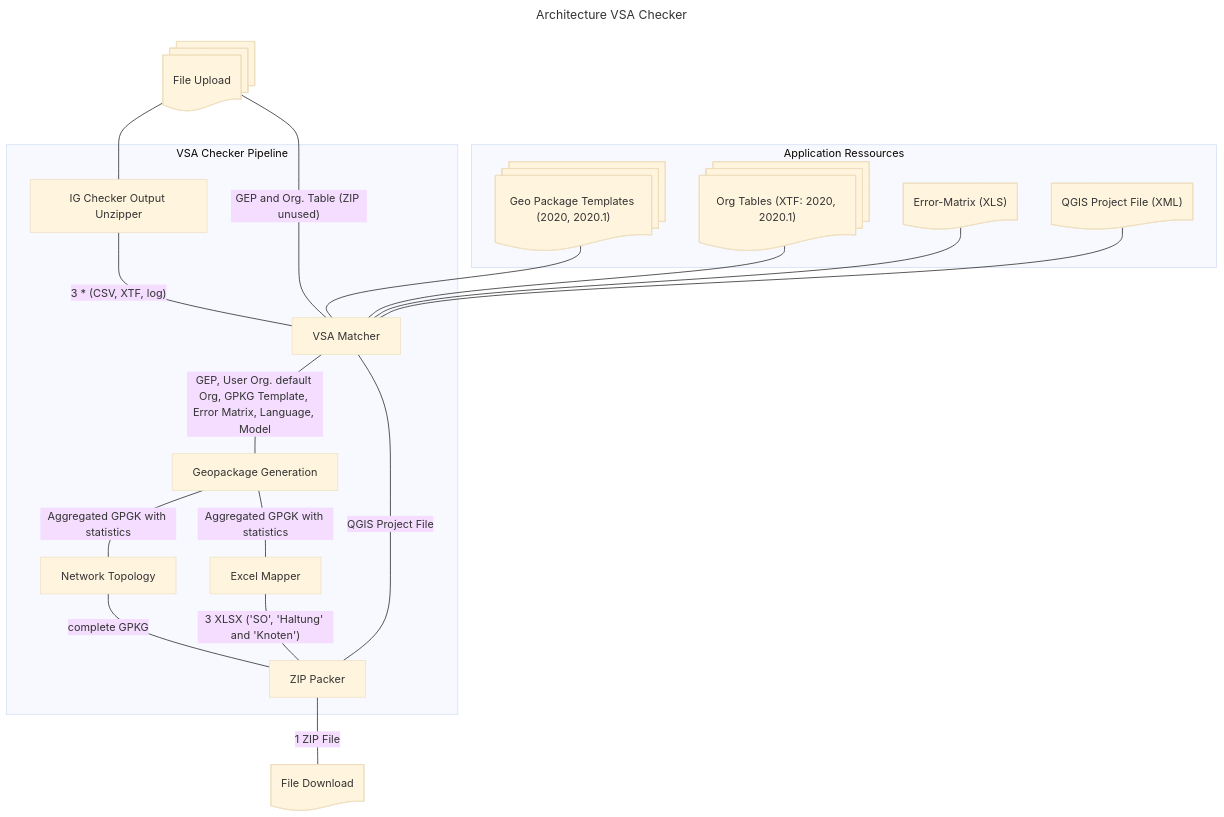
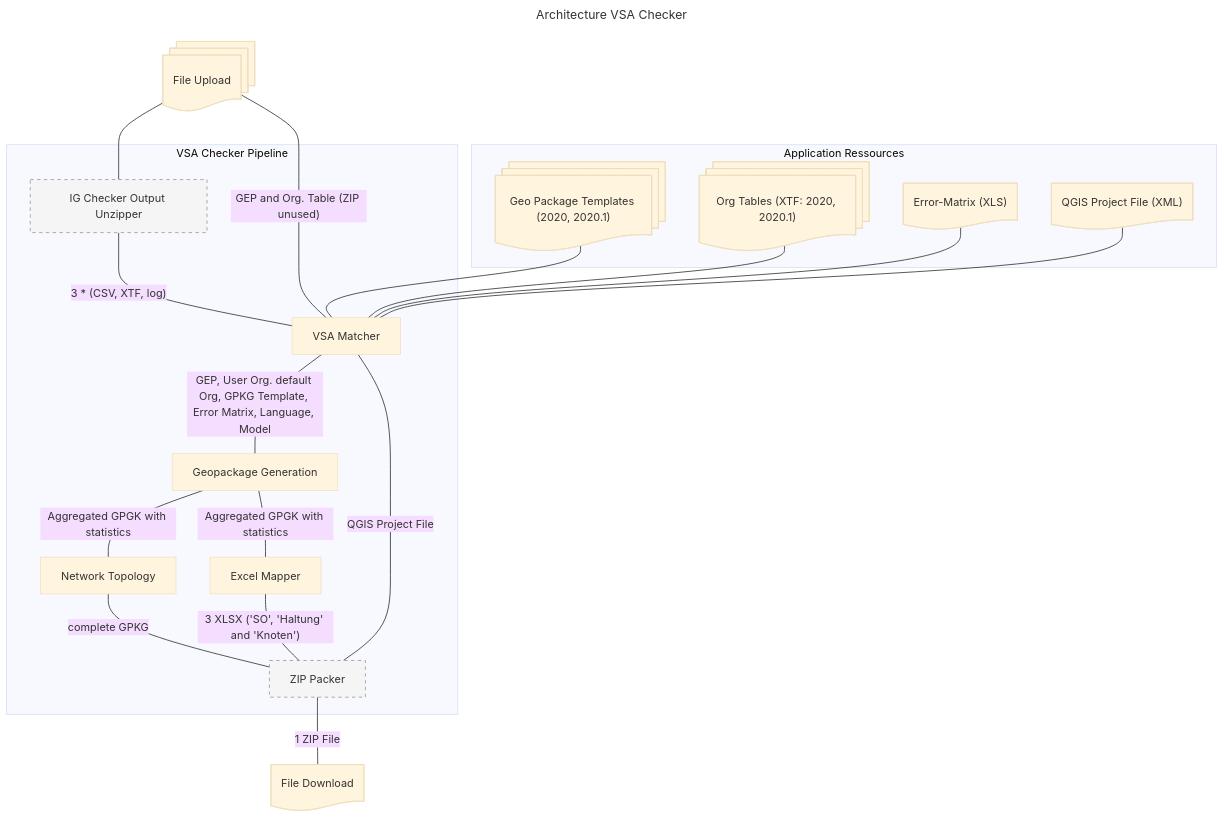
The diagram in docs/architektur.md (geowerkstatt/vsa-checker-analytics), drawn with Mermaid (base theme) before and after one commit. The commit also changed other lines of this file and 1 other file, not shown here.

Commit message:
added architectur description

````diff
--- a/docs/architektur.md
+++ b/docs/architektur.md
@@ -1,41 +9,44 @@
 ```mermaid
 ---
 title: Architecture VSA Checker
 ---
 flowchart
 	subgraph appResources["Application Ressources"]
 		geoPackageTemplates@{ shape: "docs", label: "Geo Package Templates (2020, 2020.1)" }
 		orgTables@{ shape: "docs", label: "Org Tables (XTF: 2020, 2020.1)" }
 		errorMatrix@{ shape: "doc", label: "Error-Matrix (XLS)" }
 		qgisProject@{ shape: "doc", label: "QGIS Project File (XML)" }
 	end
 	subgraph vsaCheckerPipeline["VSA Checker Pipeline"]
 		vsaMatcher["VSA Matcher"]
 		igCheckerOutputUnzipper["IG Checker Output Unzipper"]
 		aggregationProcess["Geopackage Generation"]
 		
 		networkTopology["Network Topology"]
 		excelMapper["Excel Mapper"]
 		zipPacker["ZIP Packer"]
 	end
 	fileUpload@{ shape: "docs", label: "File Upload" }
 	fileDownload@{ shape: "doc", label: "File Download" }
 	fileUpload --- igCheckerOutputUnzipper
 	fileUpload ---|"GEP and Org. Table (ZIP unused)"| vsaMatcher
 	geoPackageTemplates --- vsaMatcher
 	orgTables --- vsaMatcher
 	igCheckerOutputUnzipper ---|"3 * (CSV, XTF, log)"| vsaMatcher
 	qgisProject --- vsaMatcher
 	errorMatrix --- vsaMatcher
 	vsaMatcher ---|"GEP, User Org. default Org, GPKG Template, Error Matrix, Language, Model"| aggregationProcess
 	aggregationProcess
 	
 	aggregationProcess
 	networkTopology
 	aggregationProcess ---|"Aggregated GPGK with statistics"| networkTopology
 	aggregationProcess ---|"Aggregated GPGK with statistics"| excelMapper
 	vsaMatcher ---|"QGIS Project File"| zipPacker
 	networkTopology ---|"complete GPKG"| zipPacker
 	excelMapper ---|"3 XLSX ('SO', 'Haltung' and 'Knoten')"| zipPacker
 	zipPacker --- |"1 ZIP File"| fileDownload
+
+	classDef geopilotBuiltIn fill:#f5f5f5,stroke:#888,stroke-dasharray:5 5
+	class igCheckerOutputUnzipper,zipPacker geopilotBuiltIn
 ```
````
